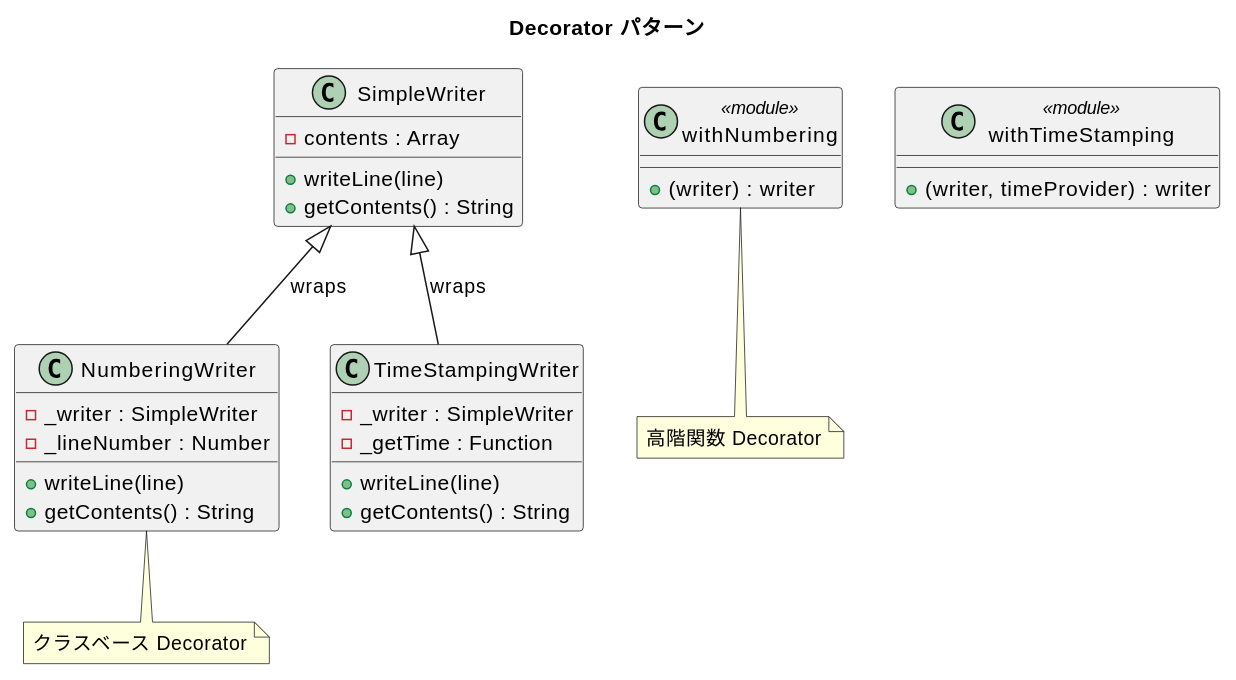
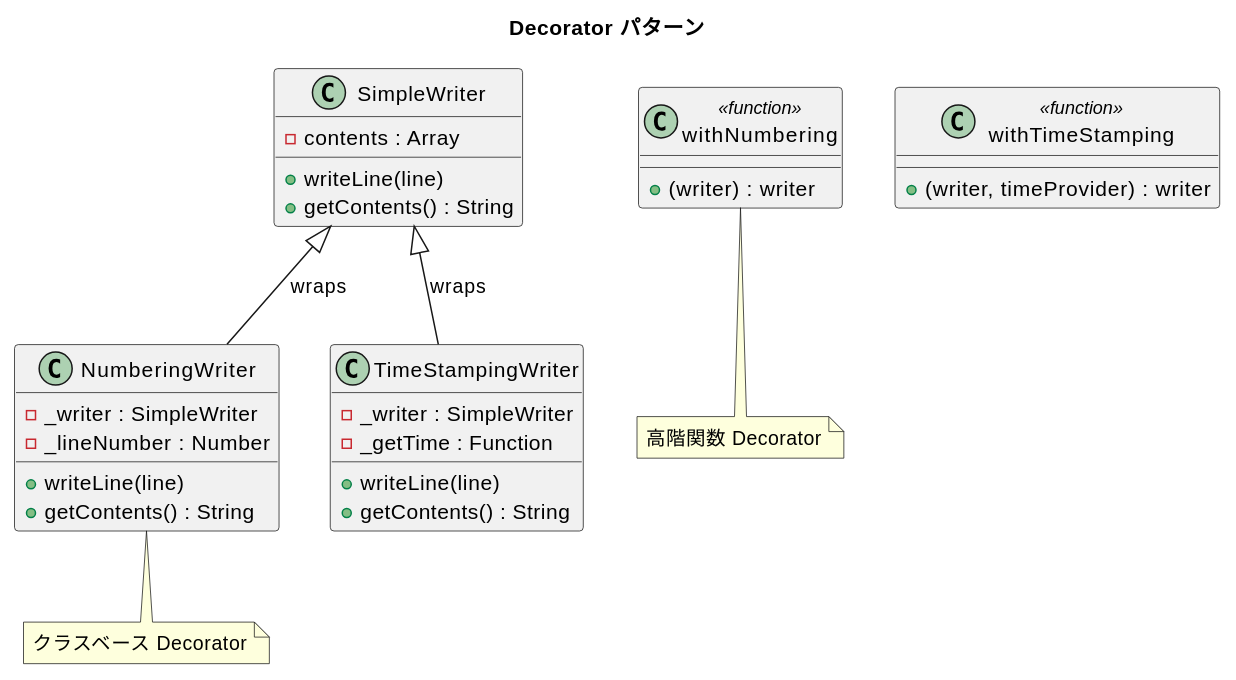
Before and after one commit to k2works/getting-started-design-pattern: the diagram in docs/article/javascript/12-decorator.md, drawn with PlantUML. The commit also changed other lines of this file and 7 other files, not shown here.

````diff
--- a/docs/article/javascript/12-decorator.md
+++ b/docs/article/javascript/12-decorator.md
@@ -13,44 +13,44 @@
 ```plantuml
 @startuml
 title Decorator パターン
 
 class SimpleWriter {
   - contents : Array
   + writeLine(line)
   + getContents() : String
 }
 
 class NumberingWriter {
   - _writer : SimpleWriter
   - _lineNumber : Number
   + writeLine(line)
   + getContents() : String
 }
 
 class TimeStampingWriter {
   - _writer : SimpleWriter
   - _getTime : Function
   + writeLine(line)
   + getContents() : String
 }
 
 SimpleWriter <|-- NumberingWriter : wraps
 SimpleWriter <|-- TimeStampingWriter : wraps
 
 note bottom of NumberingWriter
   クラスベース Decorator
 end note
 
-class "withNumbering" as WN <<module>> {
+class "withNumbering" as WN <<function>> {
   + (writer) : writer
 }
 
-class "withTimeStamping" as WT <<module>> {
+class "withTimeStamping" as WT <<function>> {
   + (writer, timeProvider) : writer
 }
 
 note bottom of WN
   高階関数 Decorator
 end note
 @enduml
 ```
````
